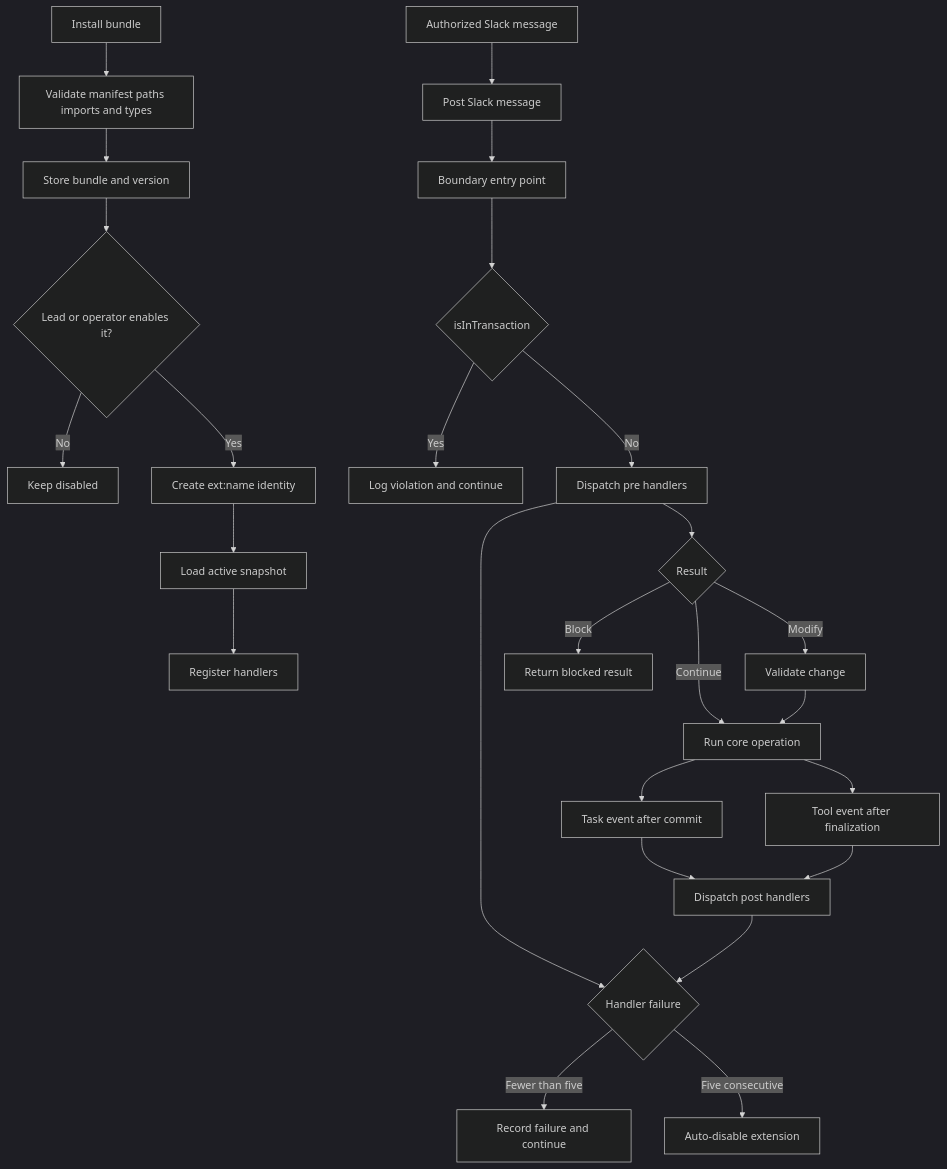
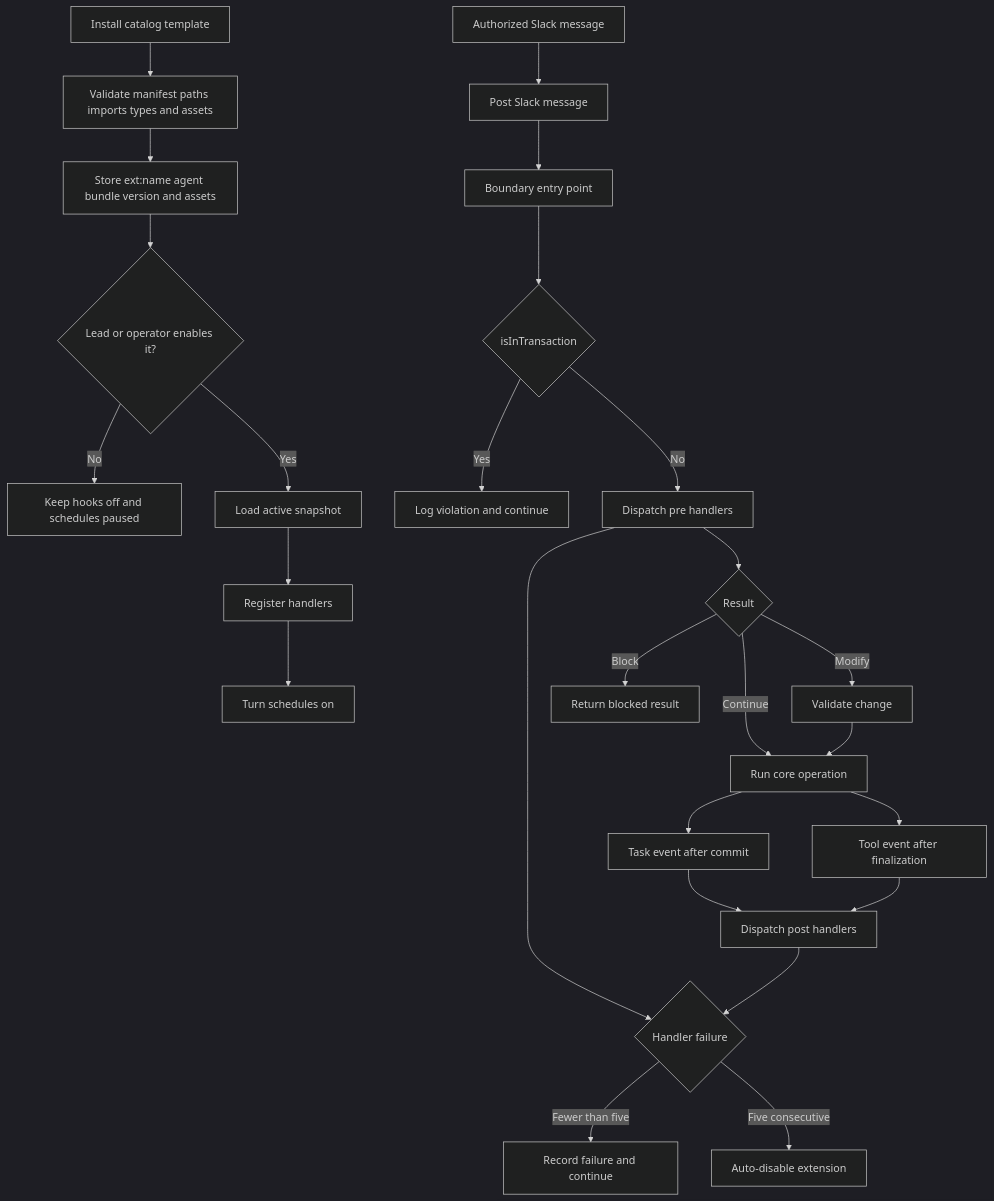
Before and after one commit to desplega-ai/agent-swarm: the diagram in runbooks/extensions.md, drawn with Mermaid (dark theme). The commit also changed other lines of this file and 77 other files, not shown here.

First line of the commit message:
feat(extensions): ship scripts and schedules, install only from the predefined catalog

````diff
--- a/runbooks/extensions.md
+++ b/runbooks/extensions.md
@@ -98,28 +204,28 @@
 ```mermaid
 flowchart TD
-    A[Install bundle] --> B[Validate manifest paths imports and types]
-    B --> C[Store bundle and version]
+    A[Install catalog template] --> B[Validate manifest paths imports types and assets]
+    B --> C[Store ext:name agent bundle version and assets]
     C --> D{Lead or operator enables it?}
-    D -- No --> E[Keep disabled]
-    D -- Yes --> F[Create ext:name identity]
-    F --> G[Load active snapshot]
+    D -- No --> E[Keep hooks off and schedules paused]
+    D -- Yes --> G[Load active snapshot]
     G --> H[Register handlers]
+    H --> F[Turn schedules on]
     I[Boundary entry point] --> J{isInTransaction}
     J -- Yes --> K[Log violation and continue]
     J -- No --> L[Dispatch pre handlers]
     L --> M{Result}
     M -- Continue --> N[Run core operation]
     M -- Modify --> O[Validate change]
     O --> N
     M -- Block --> P[Return blocked result]
     N --> Q[Task event after commit]
     N --> R[Tool event after finalization]
     V[Authorized Slack message] --> W[Post Slack message]
     W --> I
     Q --> X[Dispatch post handlers]
     R --> X
     L --> S{Handler failure}
     X --> S
     S -- Fewer than five --> T[Record failure and continue]
     S -- Five consecutive --> U[Auto-disable extension]
 ```
````
